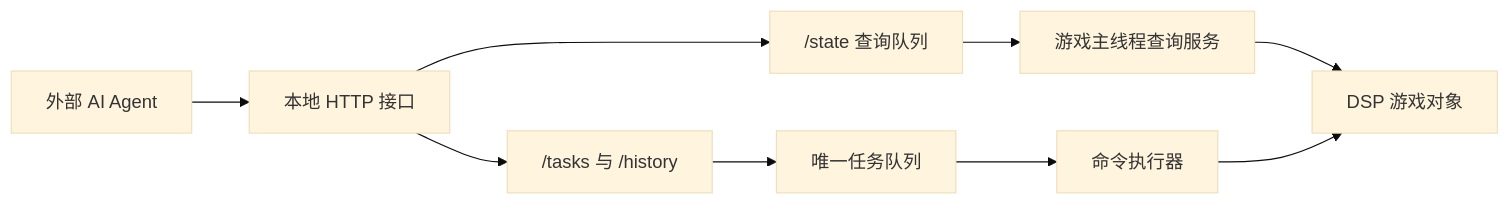
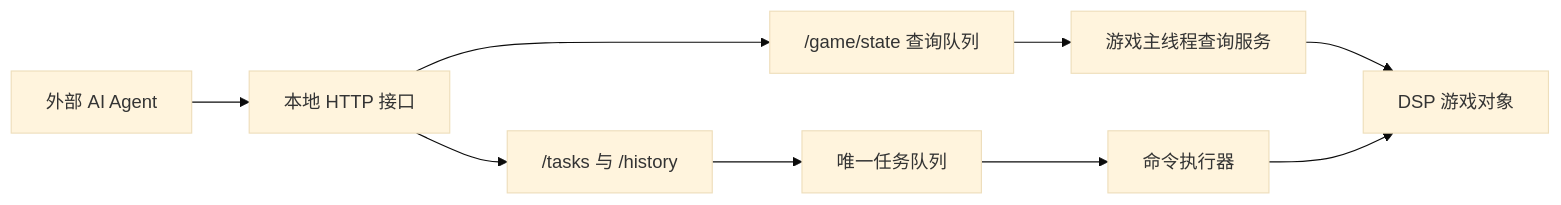
The diagram in docs/technical-design.md (yeliex/AutomaticDSP), drawn with Mermaid (base theme) before and after one commit. The commit also changed other lines of this file and 8 other files, not shown here.

Commit message:
feat: enhance game state query api

````diff
--- a/docs/technical-design.md
+++ b/docs/technical-design.md
@@ -11,11 +11,11 @@
 ```mermaid
 flowchart LR
   Agent["外部 AI Agent"] --> HTTP["本地 HTTP 接口"]
-  HTTP --> StateQuery["/state 查询队列"]
+  HTTP --> StateQuery["/game/state 查询队列"]
   HTTP --> TaskApi["/tasks 与 /history"]
   StateQuery --> MainThread["游戏主线程查询服务"]
   MainThread --> Game["DSP 游戏对象"]
   TaskApi --> Queue["唯一任务队列"]
   Queue --> Executor["命令执行器"]
   Executor --> Game["DSP 游戏对象"]
 ```
````
